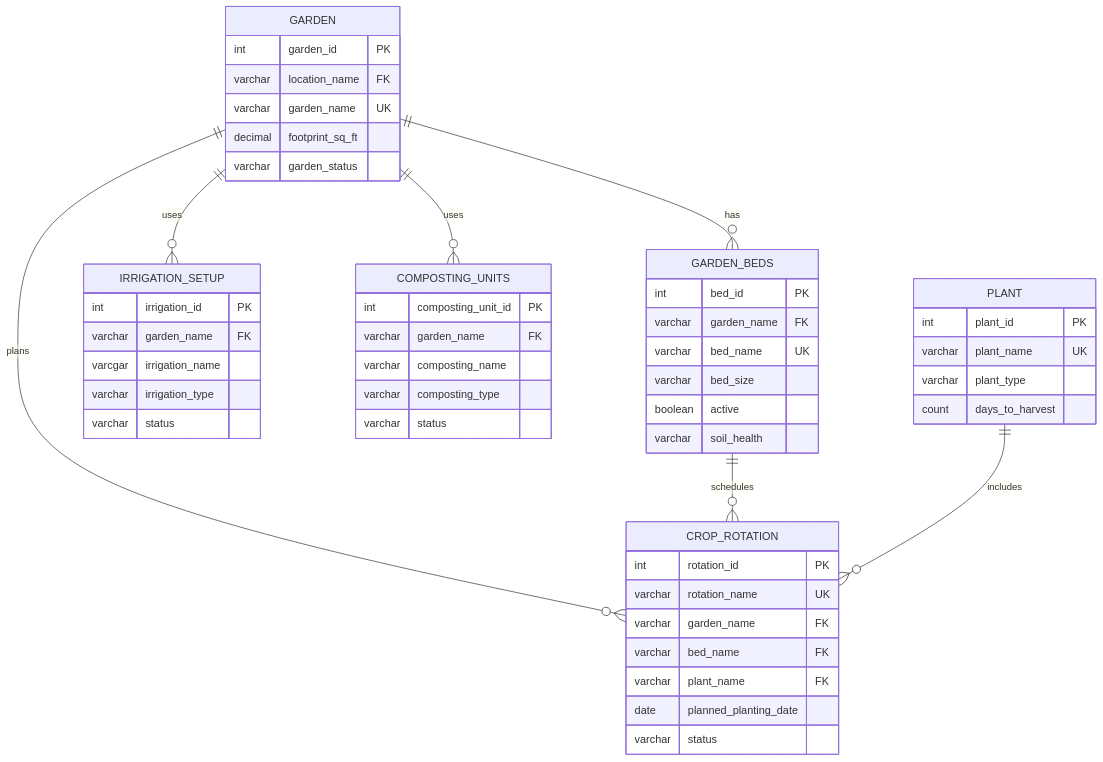
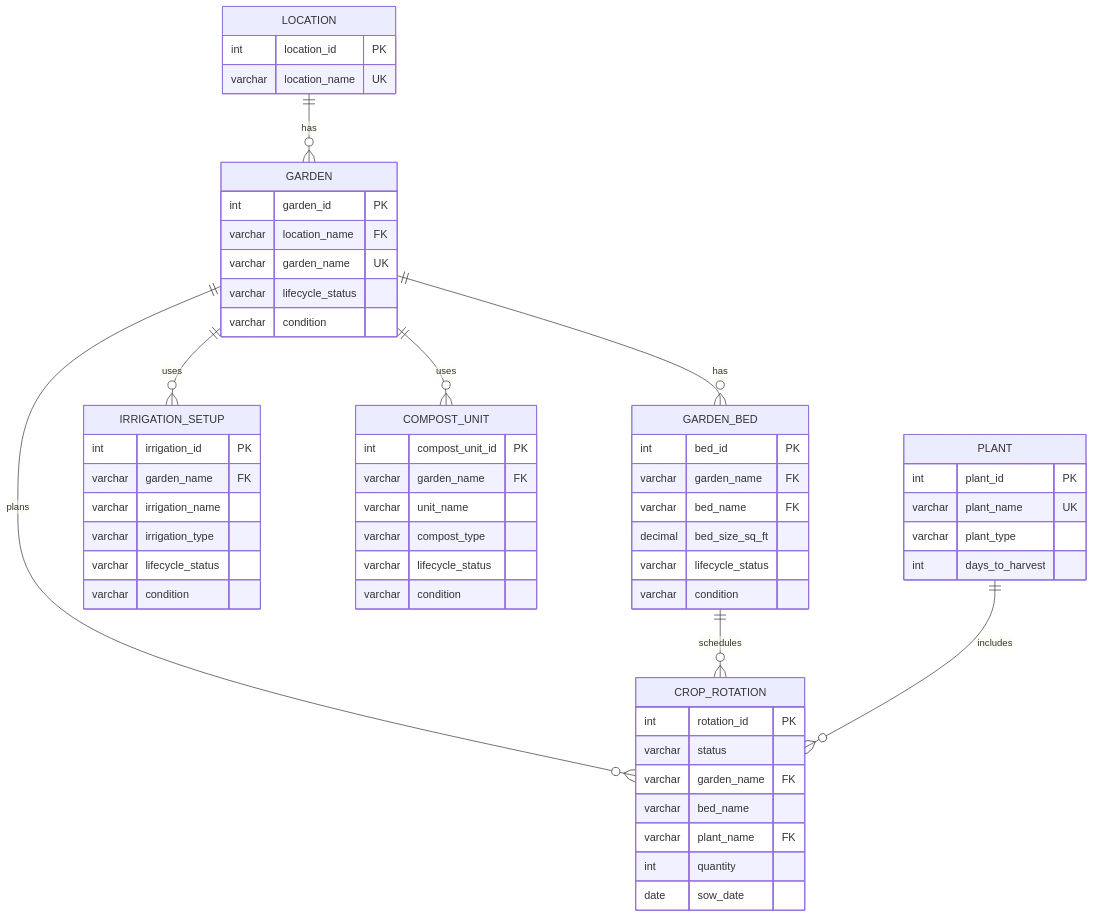
One commit to CrisOrnelas99/Garden-Database changed the second of 2 diagrams in README.md. Above: the diagram before and after it, drawn with Mermaid. The commit also changed other lines of this file and 8 other files, not shown here.

````diff
--- a/README.md
+++ b/README.md
@@ -93,60 +93,67 @@
 ```mermaid
 erDiagram
-    GARDEN ||--o{ GARDEN_BEDS : has
+    LOCATION ||--o{ GARDEN : has
+    GARDEN ||--o{ GARDEN_BED : has
     GARDEN ||--o{ IRRIGATION_SETUP : uses
-    GARDEN ||--o{ COMPOSTING_UNITS : uses
+    GARDEN ||--o{ COMPOST_UNIT : uses
     GARDEN ||--o{ CROP_ROTATION : plans
-    GARDEN_BEDS ||--o{ CROP_ROTATION : schedules
+    GARDEN_BED ||--o{ CROP_ROTATION : schedules
     PLANT ||--o{ CROP_ROTATION : includes
 
+    LOCATION {
+        int location_id PK
+        varchar location_name UK
+    }
 
     GARDEN {
         int garden_id PK
         varchar location_name FK
         varchar garden_name UK
-        decimal footprint_sq_ft
-        varchar garden_status
+        varchar lifecycle_status
+        varchar condition
     }
 
-    GARDEN_BEDS {
+    GARDEN_BED {
         int bed_id PK
         varchar garden_name FK
-        varchar bed_name UK
-        varchar bed_size
-        boolean active
-        varchar soil_health
+        varchar bed_name FK
+        decimal bed_size_sq_ft
+        varchar lifecycle_status
+        varchar condition
     }
 
     IRRIGATION_SETUP {
         int irrigation_id PK
         varchar garden_name FK
-        varcgar irrigation_name
+        varchar irrigation_name
         varchar irrigation_type
-        varchar status
+        varchar lifecycle_status
+        varchar condition
     }
 
-    COMPOSTING_UNITS {
-        int composting_unit_id PK
+    COMPOST_UNIT {
+        int compost_unit_id PK
         varchar garden_name FK
-        varchar composting_name
-        varchar composting_type
-        varchar status
+        varchar unit_name
+        varchar compost_type
+        varchar lifecycle_status
+        varchar condition
     }
 
     PLANT {
         int plant_id PK
         varchar plant_name UK
         varchar plant_type
-        count days_to_harvest
+        int days_to_harvest
     }
 
     CROP_ROTATION {
         int rotation_id PK
-        varchar rotation_name UK
+        varchar status
         varchar garden_name FK
-        varchar bed_name FK
+        varchar bed_name
         varchar plant_name FK
-        date planned_planting_date
-        varchar status
+        int quantity
+        date sow_date
     }
 ```
````
